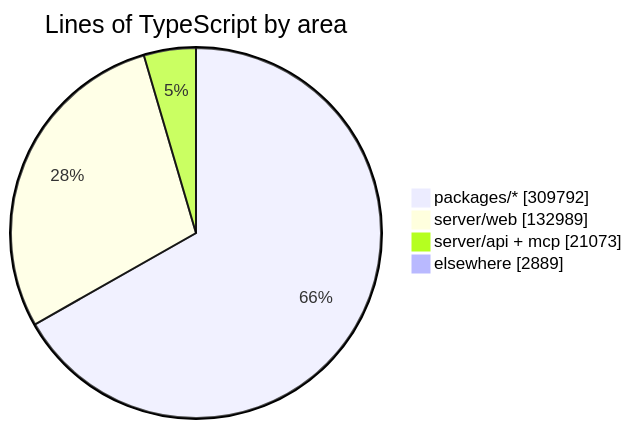
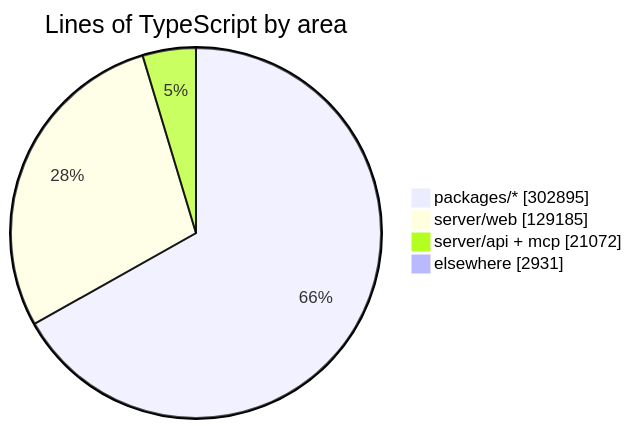
Before and after one commit to crossworks-engineering/mantle: the diagram in README.md, drawn with Mermaid. The commit also changed other lines of this file and 2 other files, not shown here.

````diff
--- a/README.md
+++ b/README.md
@@ -294,7 +294,7 @@
 ```mermaid
 pie showData title Lines of TypeScript by area
-    "packages/*" : 309792
-    "server/web" : 132989
-    "server/api + mcp" : 21073
-    "elsewhere" : 2889
+    "packages/*" : 302895
+    "server/web" : 129185
+    "server/api + mcp" : 21072
+    "elsewhere" : 2931
 ```
````
